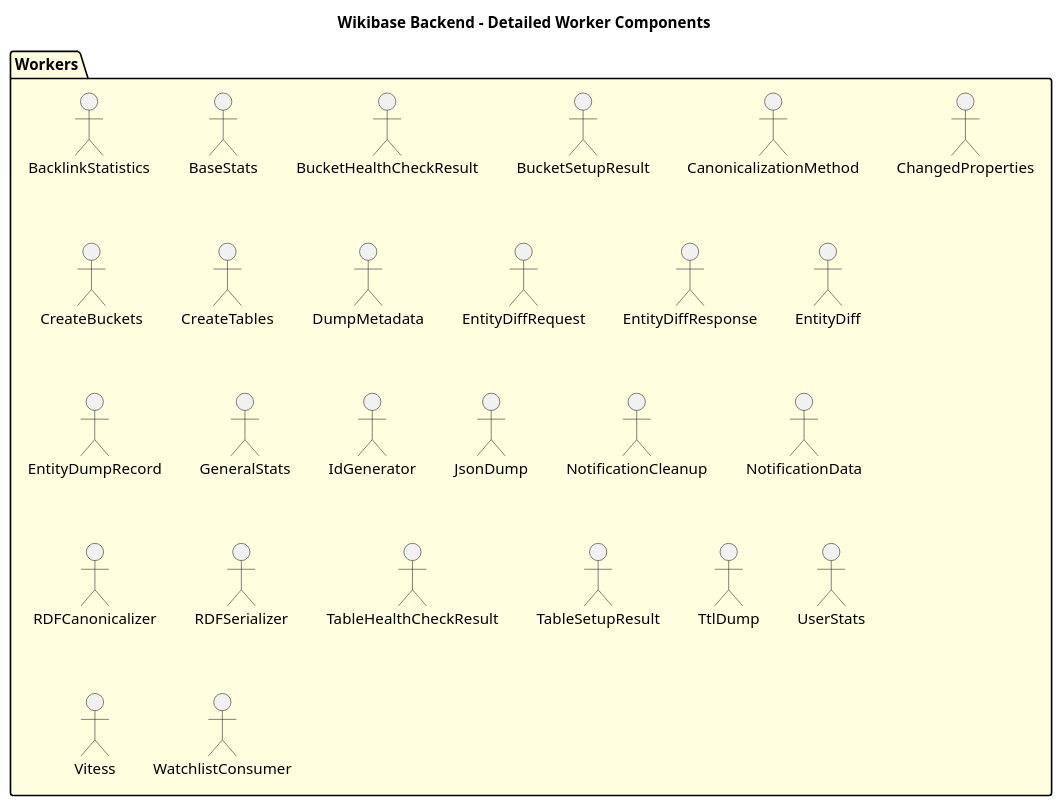
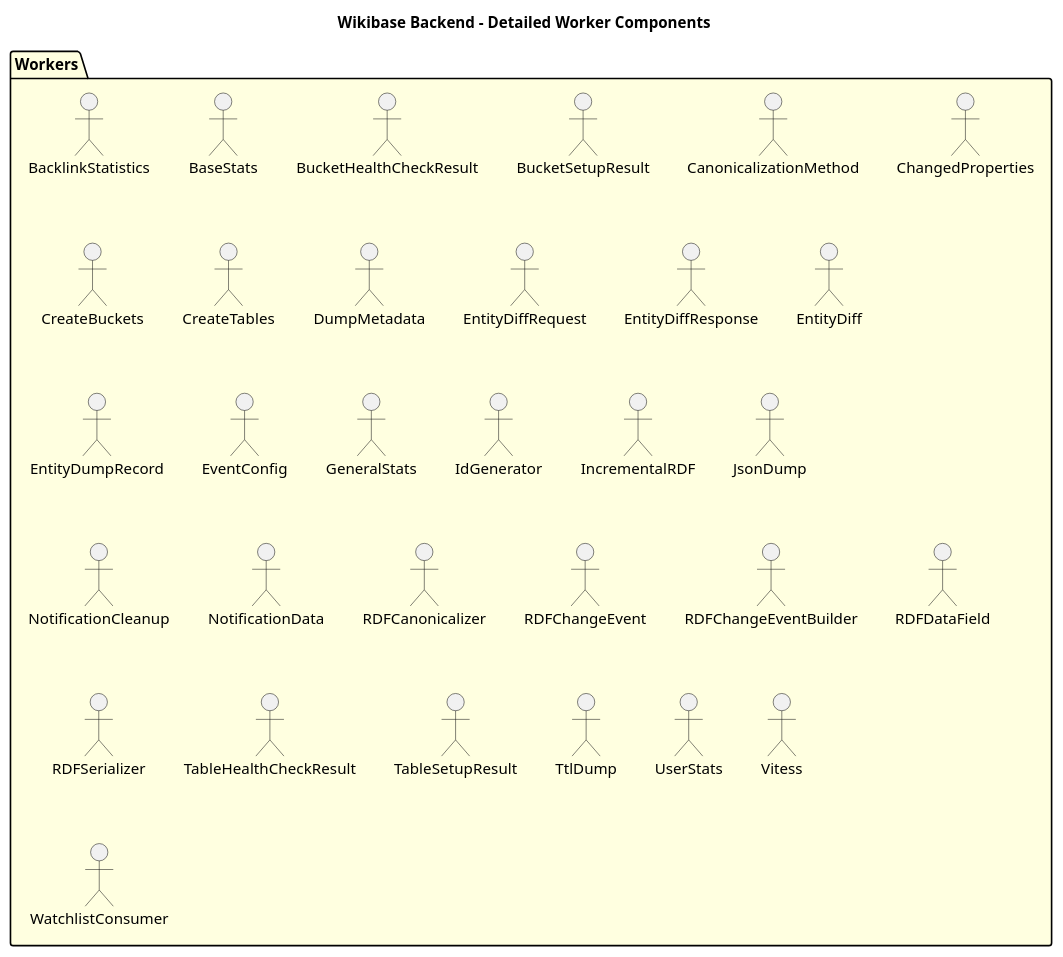
Before and after one commit to dpriskorn/entitybase-backend: the diagram in docs/DIAGRAMS/detailed_worker_components.puml, drawn with PlantUML. The commit also changed 39 other files, not shown here.

```diff
--- a/docs/DIAGRAMS/detailed_worker_components.puml
+++ b/docs/DIAGRAMS/detailed_worker_components.puml
@@ -1,34 +1,39 @@
 @startuml Detailed Worker Components
 
 title Wikibase Backend - Detailed Worker Components
 
 package "Workers" as Workers #LightYellow {
     "BacklinkStatistics" as BacklinkStatisticsWorker
     "BaseStats" as BaseStatsWorker
     "BucketHealthCheckResult" as BucketHealthCheckResult
     "BucketSetupResult" as BucketSetupResult
     "CanonicalizationMethod" as CanonicalizationMethod
     "ChangedProperties" as ChangedProperties
     "CreateBuckets" as CreateBuckets
     "CreateTables" as CreateTables
     "DumpMetadata" as DumpMetadata
     "EntityDiffRequest" as EntityDiffRequest
     "EntityDiffResponse" as EntityDiffResponse
     "EntityDiff" as EntityDiffWorker
     "EntityDumpRecord" as EntityDumpRecord
+    "EventConfig" as EventConfig
     "GeneralStats" as GeneralStatsWorker
     "IdGenerator" as IdGeneratorWorker
+    "IncrementalRDF" as IncrementalRDFWorker
     "JsonDump" as JsonDumpWorker
     "NotificationCleanup" as NotificationCleanupWorker
     "NotificationData" as NotificationData
     "RDFCanonicalizer" as RDFCanonicalizer
+    "RDFChangeEvent" as RDFChangeEvent
+    "RDFChangeEventBuilder" as RDFChangeEventBuilder
+    "RDFDataField" as RDFDataField
     "RDFSerializer" as RDFSerializer
     "TableHealthCheckResult" as TableHealthCheckResult
     "TableSetupResult" as TableSetupResult
     "TtlDump" as TtlDumpWorker
     "UserStats" as UserStatsWorker
     "Vitess" as VitessWorker
     "WatchlistConsumer" as WatchlistConsumerWorker
 }
 
 @enduml
```
